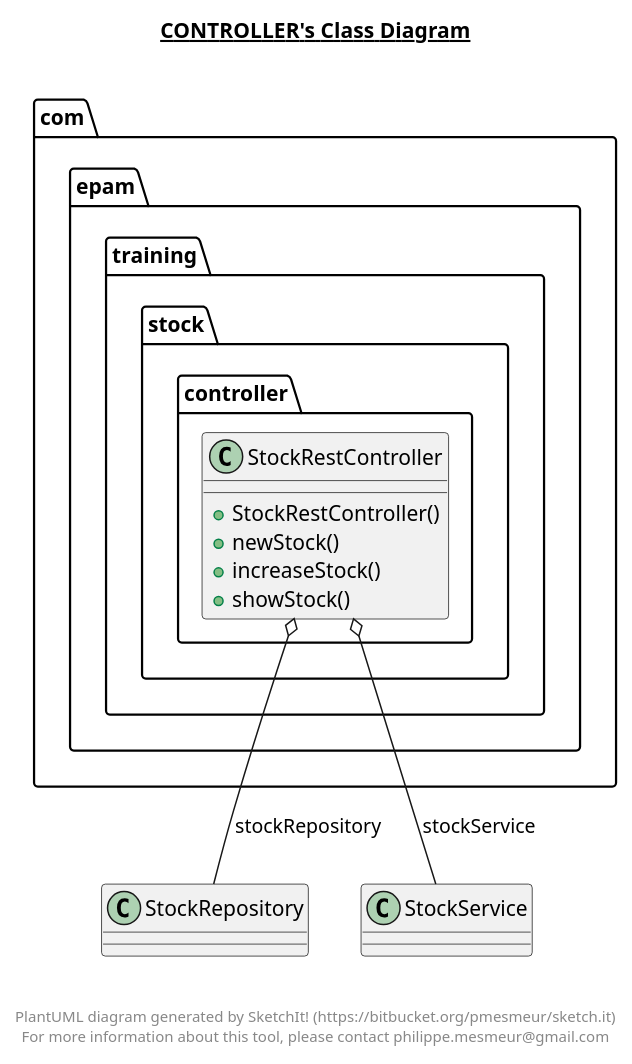
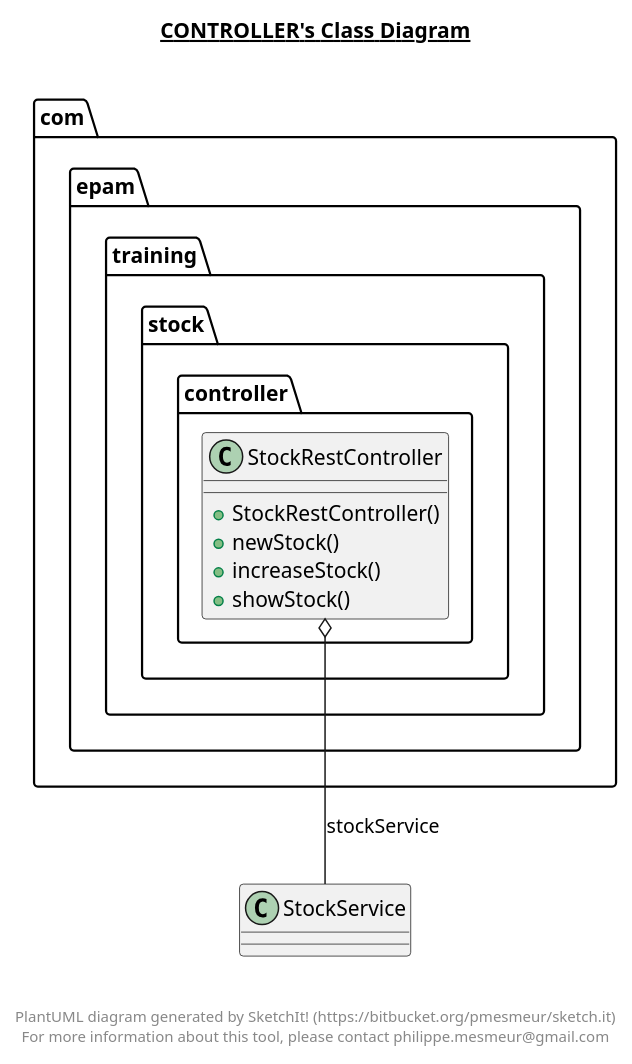
The diagram in src/main/java/com/epam/training/stock/controller/controller.plantuml (nik-nenkov/tutoring-rest-api-with-java), drawn with PlantUML before and after one commit. The commit also changed 28 other files, not shown here.

```diff
--- a/src/main/java/com/epam/training/stock/controller/controller.plantuml
+++ b/src/main/java/com/epam/training/stock/controller/controller.plantuml
@@ -1,28 +1,27 @@
 @startuml
 
 title __CONTROLLER's Class Diagram__\n
 
   package com.epam.training.stock {
     package com.epam.training.stock.controller {
       class StockRestController {
           + StockRestController()
           + newStock()
           + increaseStock()
           + showStock()
       }
     }
   }
   
 
-  StockRestController o-- StockRepository : stockRepository
   StockRestController o-- StockService : stockService
 
 
 right footer
 
 
 PlantUML diagram generated by SketchIt! (https://bitbucket.org/pmesmeur/sketch.it)
 For more information about this tool, please contact philippe.mesmeur@gmail.com
 endfooter
 
 @enduml
```
